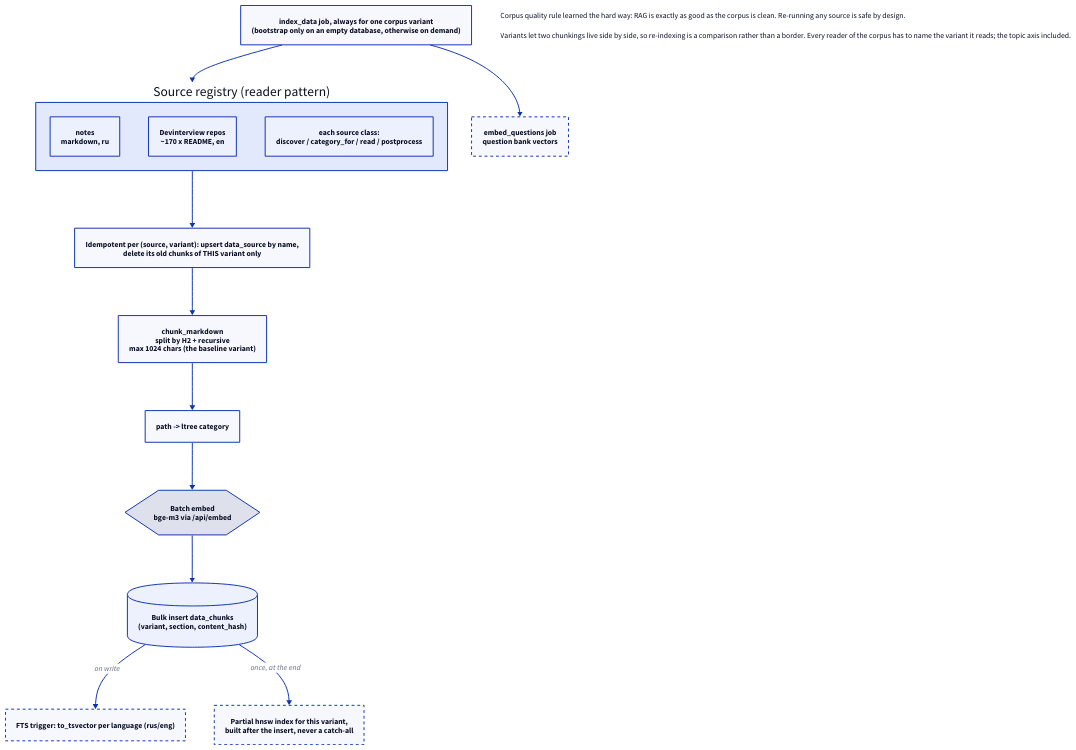
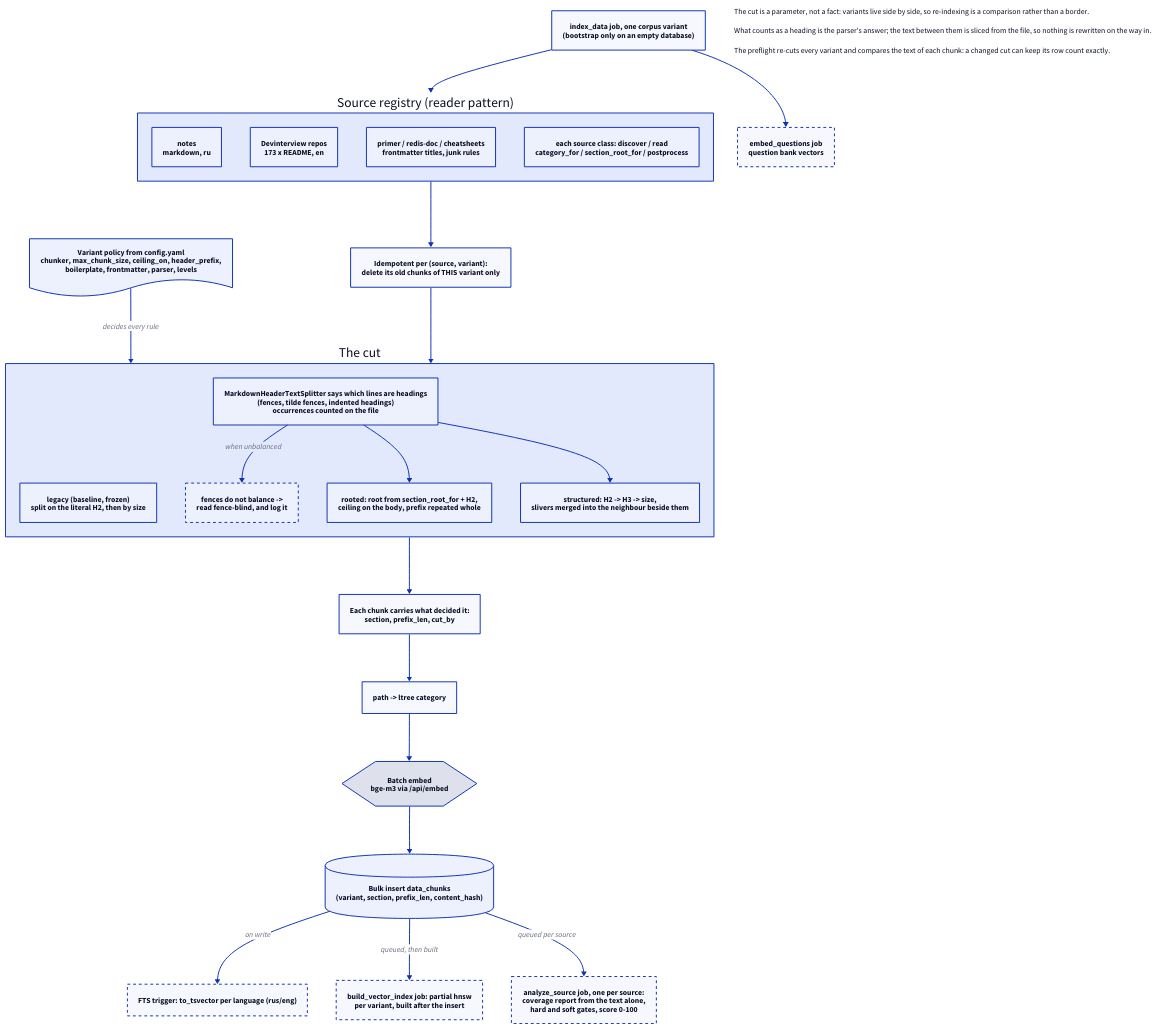
One commit to rikitikitav1/rag-lab changed the diagram in docs/diagrams/ingestion.d2. Above: the diagram before and after it, drawn with D2. The commit also changed 38 other files, not shown here.

```diff
--- a/docs/diagrams/ingestion.d2
+++ b/docs/diagrams/ingestion.d2
@@ -1,47 +1,79 @@
 direction: down
 
-trigger: "index_data job, always for one corpus variant\n(bootstrap only on an empty database, otherwise on demand)"
+trigger: "index_data job, one corpus variant\n(bootstrap only on an empty database)"
 
 sources: Source registry (reader pattern) {
   direction: right
   notes: notes\nmarkdown, ru
-  interview: Devinterview repos\n~170 x README, en
-  hooks: "each source class:\ndiscover / category_for / read / postprocess"
+  interview: Devinterview repos\n173 x README, en
+  docs: primer / redis-doc / cheatsheets\nfrontmatter titles, junk rules
+  hooks: "each source class: discover / read\ncategory_for / section_root_for / postprocess"
 }
 
-idem: "Idempotent per (source, variant): upsert data_source by name,\ndelete its old chunks of THIS variant only"
+policy: "Variant policy from config.yaml\nchunker, max_chunk_size, ceiling_on, header_prefix,\nboilerplate, frontmatter, parser, levels" {
+  shape: document
+}
 
-chunk: chunk_markdown\nsplit by H2 + recursive\nmax 1024 chars (the baseline variant)
+idem: "Idempotent per (source, variant):\ndelete its old chunks of THIS variant only"
+
+cut: The cut {
+  direction: down
+  legacy: "legacy (baseline, frozen)\nsplit on the literal H2, then by size"
+  marks: "MarkdownHeaderTextSplitter says which lines are headings\n(fences, tilde fences, indented headings)\noccurrences counted on the file"
+  fallback: "fences do not balance ->\nread fence-blind, and log it" {
+    style.stroke-dash: 3
+  }
+  rooted: "rooted: root from section_root_for + H2,\nceiling on the body, prefix repeated whole"
+  structured: "structured: H2 -> H3 -> size,\nslivers merged into the neighbour beside them"
+  marks -> fallback: when unbalanced
+  marks -> rooted
+  marks -> structured
+}
+
+record: "Each chunk carries what decided it:\nsection, prefix_len, cut_by"
+
 cat: "path -> ltree category"
 embed: Batch embed\nbge-m3 via /api/embed {
   shape: hexagon
 }
-insert: "Bulk insert data_chunks\n(variant, section, content_hash)" {
+insert: "Bulk insert data_chunks\n(variant, section, prefix_len, content_hash)" {
   shape: cylinder
 }
 
-idx: "Partial hnsw index for this variant,\nbuilt after the insert, never a catch-all" {
+idx: "build_vector_index job: partial hnsw\nper variant, built after the insert" {
   style.stroke-dash: 3
 }
 tsv: "FTS trigger: to_tsvector per language (rus/eng)" {
+  style.stroke-dash: 3
+}
+
+quality: "analyze_source job, one per source:\ncoverage report from the text alone,\nhard and soft gates, score 0-100" {
   style.stroke-dash: 3
 }
 
 questions: embed_questions job\nquestion bank vectors {
   style.stroke-dash: 3
 }
 
 trigger -> sources
-sources -> idem -> chunk -> cat -> embed -> insert
+policy -> cut: decides every rule
+sources -> idem -> cut -> record -> cat -> embed -> insert
 insert -> tsv: on write
-insert -> idx: once, at the end
+insert -> idx: queued, then built
+insert -> quality: queued per source
 trigger -> questions
 
 note: |md
-  Corpus quality rule learned the hard way: RAG is exactly as good
-  as the corpus is clean. Re-running any source is safe by design.
+  The cut is a parameter, not a fact: variants
+  live side by side, so re-indexing is a
+  comparison rather than a border.
 
-  Variants let two chunkings live side by side, so re-indexing is a
-  comparison rather than a border. Every reader of the corpus has to
-  name the variant it reads; the topic axis included.
+  What counts as a heading is the parser's
+  answer; the text between them is sliced from
+  the file, so nothing is rewritten on the way
+  in.
+
+  The preflight re-cuts every variant and
+  compares the text of each chunk: a changed cut
+  can keep its row count exactly.
 |
```
